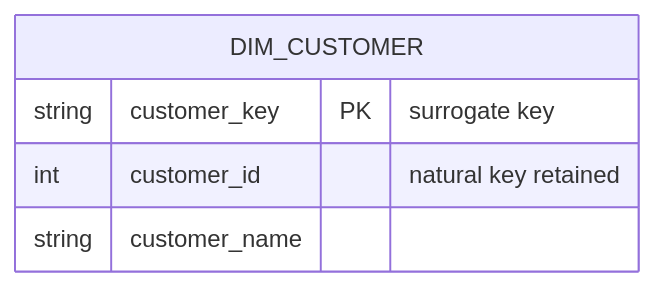
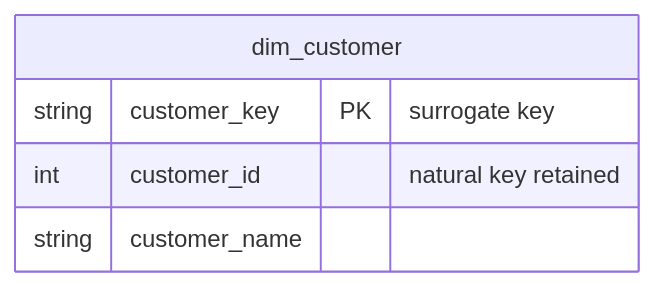
The second of 7 diagrams in docs/dimensional-modeling-standards.md (ducchetrongminh/vitlamdata_dbt_postgres), drawn with Mermaid before and after one commit. The commit also changed other lines of this file, not shown here.

Commit message:
docs: lowercase table names in diagram

````diff
--- a/docs/dimensional-modeling-standards.md
+++ b/docs/dimensional-modeling-standards.md
@@ -66,8 +66,8 @@
 ```mermaid
 erDiagram
-    DIM_CUSTOMER {
+    dim_customer {
         string customer_key PK "surrogate key"
         int customer_id "natural key retained"
         string customer_name
     }
 ```
````
